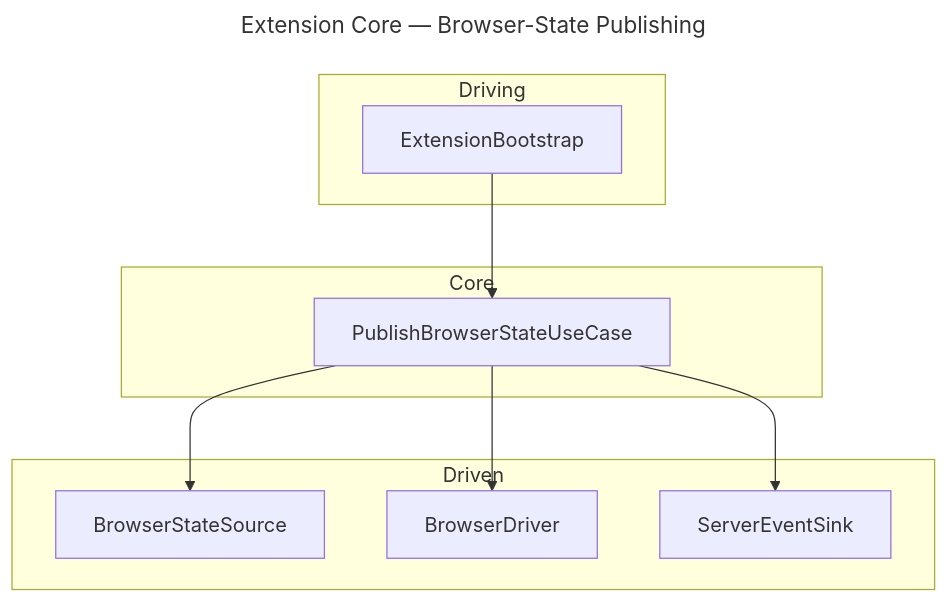
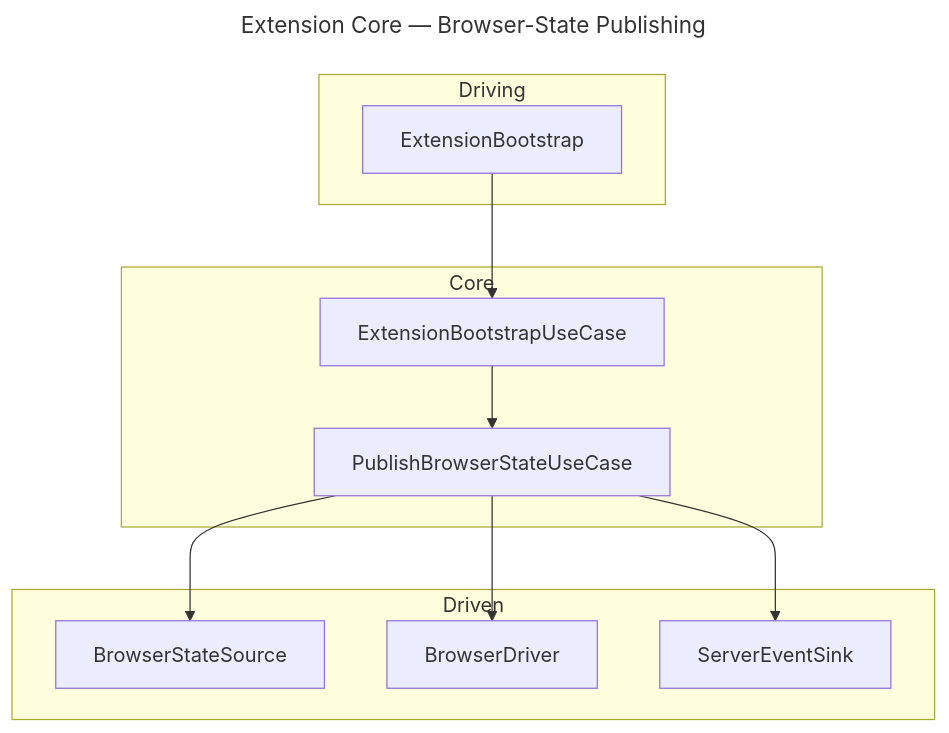
Before and after one commit to ndthanhdev/mcp-browser-kit: the sixth of 11 diagrams in docs/architecture.md, drawn with Mermaid. The commit also changed other lines of this file and 22 other files, not shown here.

Commit message:
feat: introduce extension-driving-bootstrap package and integrate with core components (#146)

````diff
--- a/docs/architecture.md
+++ b/docs/architecture.md
@@ -162,21 +163,23 @@
 ```mermaid
 ---
 title: Extension Core — Browser-State Publishing
 ---
 flowchart TB
   subgraph Driving["Driving"]
     ExtensionBootstrap
   end
   subgraph Core["Core"]
+    ExtensionBootstrapUseCase
     PublishBrowserStateUseCase
   end
   subgraph Driven["Driven"]
     BrowserStateSource
     BrowserDriver
     ServerEventSink
   end
-  ExtensionBootstrap --> PublishBrowserStateUseCase
+  ExtensionBootstrap --> ExtensionBootstrapUseCase
+  ExtensionBootstrapUseCase --> PublishBrowserStateUseCase
   PublishBrowserStateUseCase --> BrowserStateSource
   PublishBrowserStateUseCase --> BrowserDriver
   PublishBrowserStateUseCase --> ServerEventSink
 ```
````
